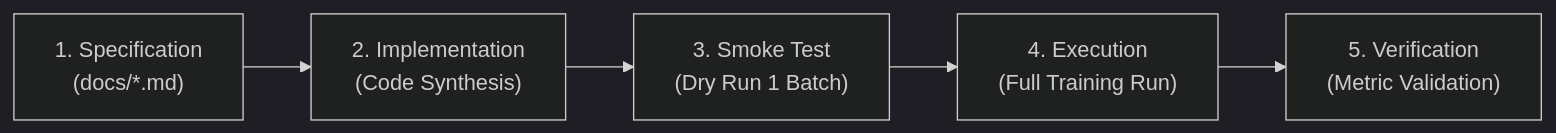
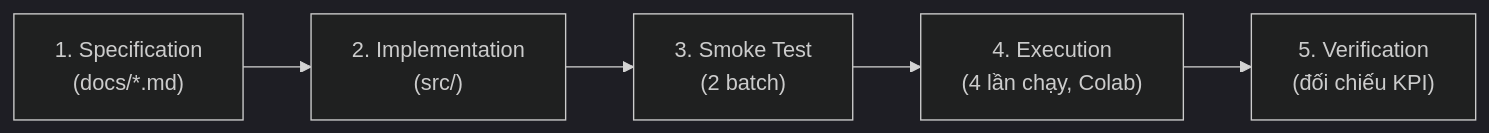
Before and after one commit to QuocAn118/Lab: the first of 2 diagrams in Lab 2/docs/lab_2_description.md, drawn with Mermaid (dark theme). The commit also changed other lines of this file and 14 other files, not shown here.

````diff
--- a/Lab 2/docs/lab_2_description.md
+++ b/Lab 2/docs/lab_2_description.md
@@ -15,7 +48,7 @@
 ```mermaid
 flowchart LR
-    Spec["1. Specification\n(docs/*.md)"] --> Gen["2. Implementation\n(Code Synthesis)"]
-    Gen --> Smoke["3. Smoke Test\n(Dry Run 1 Batch)"]
-    Smoke --> Run["4. Execution\n(Full Training Run)"]
-    Run --> Check["5. Verification\n(Metric Validation)"]
+    Spec["1. Specification\n(docs/*.md)"] --> Gen["2. Implementation\n(src/)"]
+    Gen --> Smoke["3. Smoke Test\n(2 batch)"]
+    Smoke --> Run["4. Execution\n(4 lần chạy, Colab)"]
+    Run --> Check["5. Verification\n(đối chiếu KPI)"]
 ```
````
